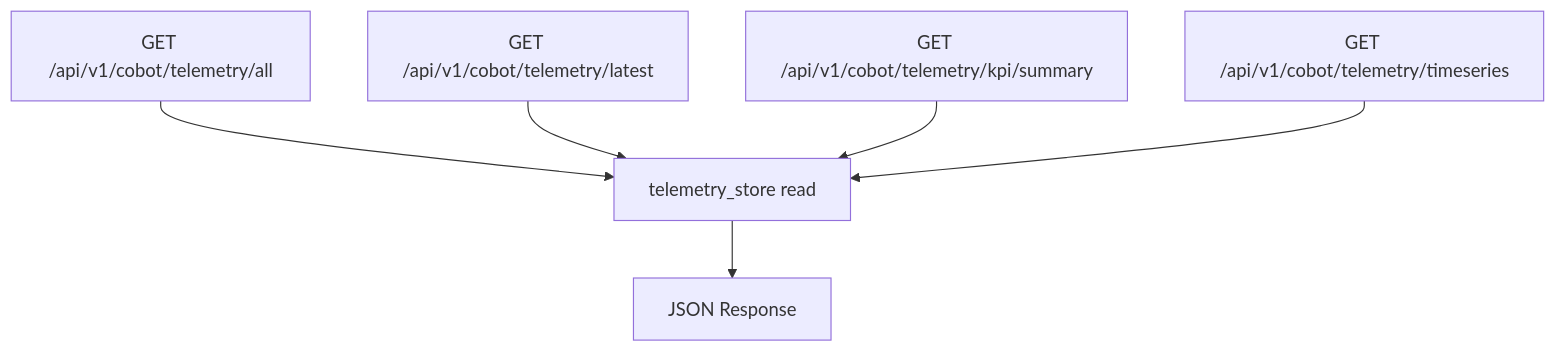
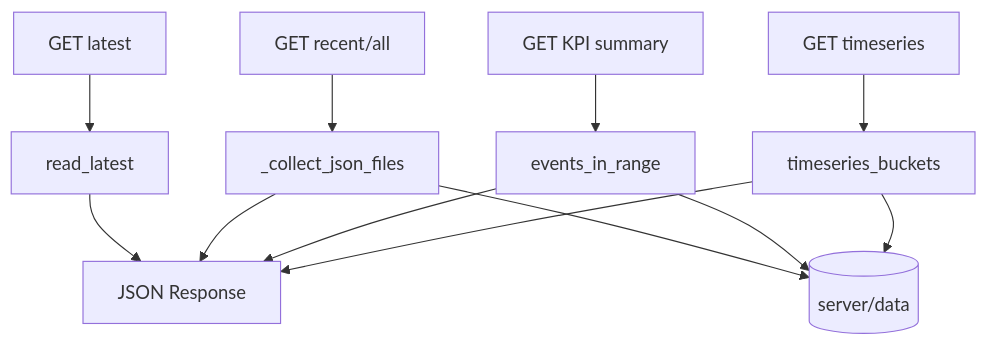
The fourth of 10 diagrams in server/PIPELINE.md (sayoon01/catenax-cobot-dataspace), drawn with Mermaid before and after one commit. The commit also changed other lines of this file and 3 other files, not shown here.

First line of the commit message:
docs: expand pipeline and EDC flow documentation

````diff
--- a/server/PIPELINE.md
+++ b/server/PIPELINE.md
@@ -65,8 +95,14 @@
 ```mermaid
 flowchart TD
-    A1[GET /api/v1/cobot/telemetry/all] --> R[telemetry_store read]
-    A2[GET /api/v1/cobot/telemetry/latest] --> R
-    A3[GET /api/v1/cobot/telemetry/kpi/summary] --> R
-    A4[GET /api/v1/cobot/telemetry/timeseries] --> R
+    A1[GET latest] --> R[read_latest]
+    A2[GET recent/all] --> C[_collect_json_files]
+    A3[GET KPI summary] --> E[events_in_range]
+    A4[GET timeseries] --> B[timeseries_buckets]
+    C --> F[(server/data)]
+    E --> F
+    B --> F
     R --> OUT[JSON Response]
+    C --> OUT
+    E --> OUT
+    B --> OUT
 ```
````
